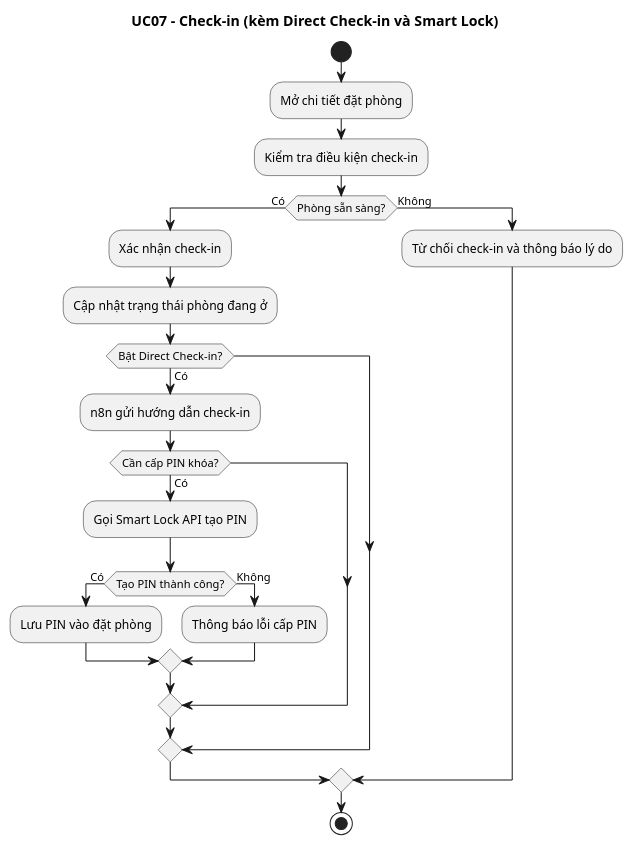
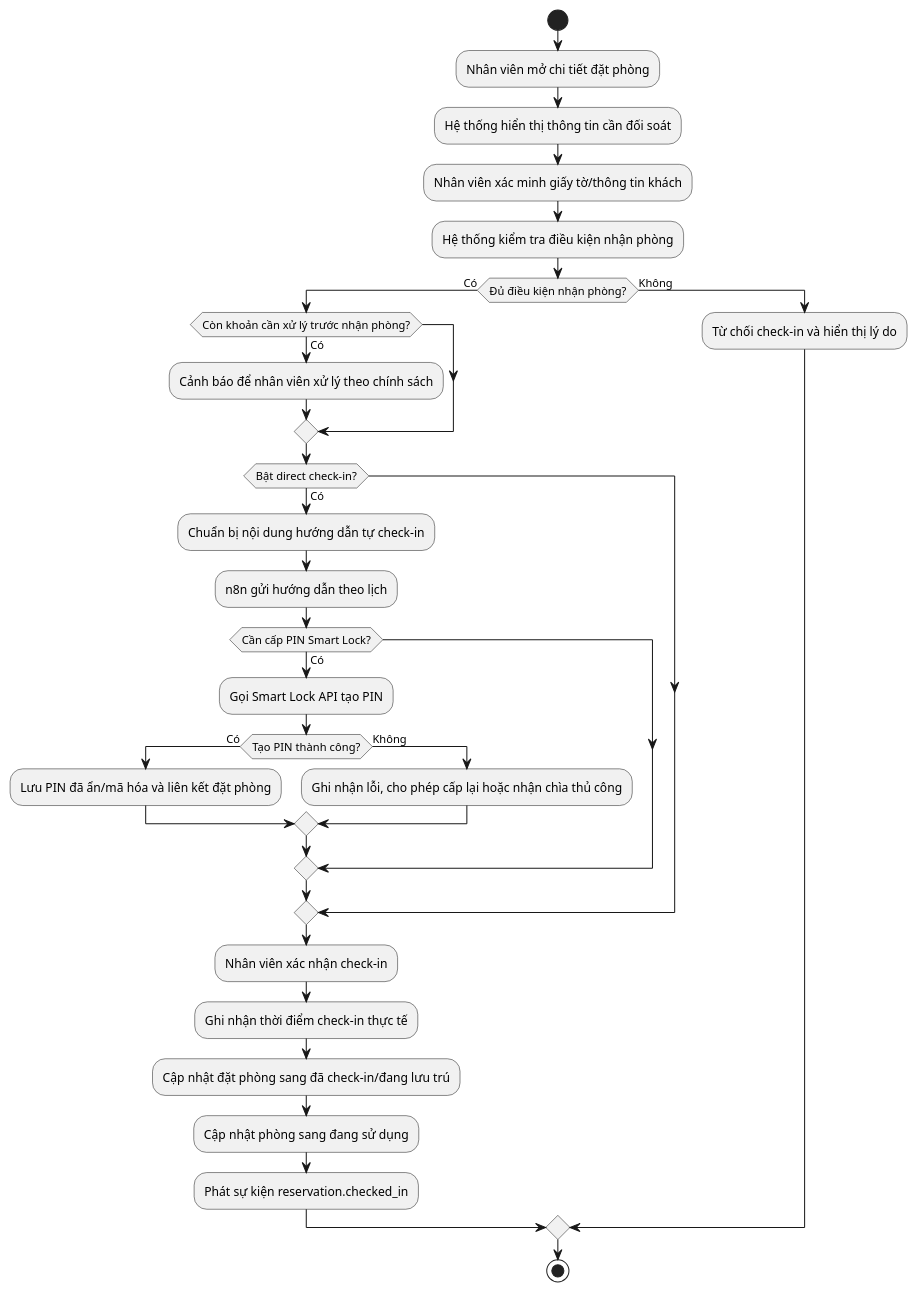
Before and after one commit to Dinhpham04/DA-KLTN_HOTEL_MANAGEMENT: the diagram in docs/activity_diagram/uc07-checkin-directcheckin-smartlock.puml, drawn with PlantUML. The commit also changed 92 other files, not shown here.

```diff
--- a/docs/activity_diagram/uc07-checkin-directcheckin-smartlock.puml
+++ b/docs/activity_diagram/uc07-checkin-directcheckin-smartlock.puml
@@ -1,24 +1,37 @@
 @startuml uc07_checkin_directcheckin_smartlock
-title UC07 - Check-in (kèm Direct Check-in và Smart Lock)
 start
-:Mở chi tiết đặt phòng;
-:Kiểm tra điều kiện check-in;
-if (Phòng sẵn sàng?) then (Có)
-  :Xác nhận check-in;
-  :Cập nhật trạng thái phòng đang ở;
-  if (Bật Direct Check-in?) then (Có)
-    :n8n gửi hướng dẫn check-in;
-    if (Cần cấp PIN khóa?) then (Có)
+
+:Nhân viên mở chi tiết đặt phòng;
+:Hệ thống hiển thị thông tin cần đối soát;
+:Nhân viên xác minh giấy tờ/thông tin khách;
+:Hệ thống kiểm tra điều kiện nhận phòng;
+
+if (Đủ điều kiện nhận phòng?) then (Có)
+  if (Còn khoản cần xử lý trước nhận phòng?) then (Có)
+    :Cảnh báo để nhân viên xử lý theo chính sách;
+  endif
+
+  if (Bật direct check-in?) then (Có)
+    :Chuẩn bị nội dung hướng dẫn tự check-in;
+    :n8n gửi hướng dẫn theo lịch;
+    if (Cần cấp PIN Smart Lock?) then (Có)
       :Gọi Smart Lock API tạo PIN;
       if (Tạo PIN thành công?) then (Có)
-        :Lưu PIN vào đặt phòng;
+        :Lưu PIN đã ẩn/mã hóa và liên kết đặt phòng;
       else (Không)
-        :Thông báo lỗi cấp PIN;
+        :Ghi nhận lỗi, cho phép cấp lại hoặc nhận chìa thủ công;
       endif
     endif
   endif
+
+  :Nhân viên xác nhận check-in;
+  :Ghi nhận thời điểm check-in thực tế;
+  :Cập nhật đặt phòng sang đã check-in/đang lưu trú;
+  :Cập nhật phòng sang đang sử dụng;
+  :Phát sự kiện reservation.checked_in;
 else (Không)
-  :Từ chối check-in và thông báo lý do;
+  :Từ chối check-in và hiển thị lý do;
 endif
+
 stop
 @enduml
```
